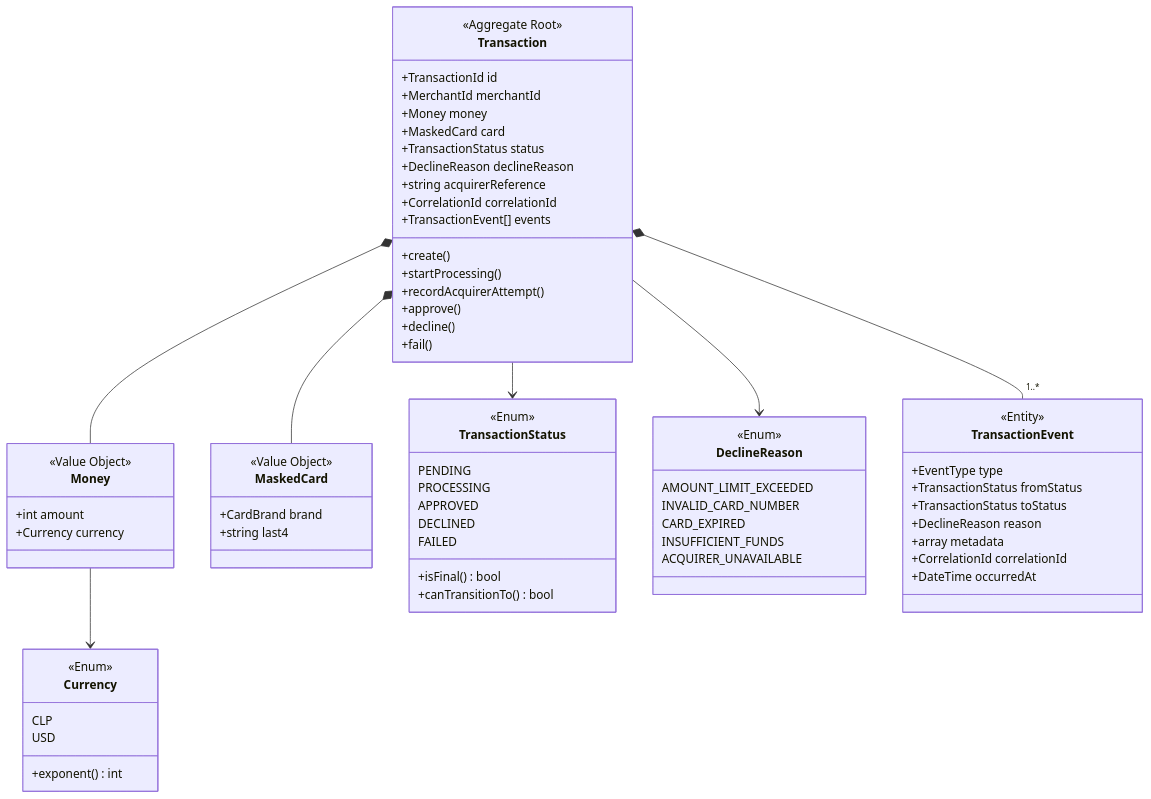
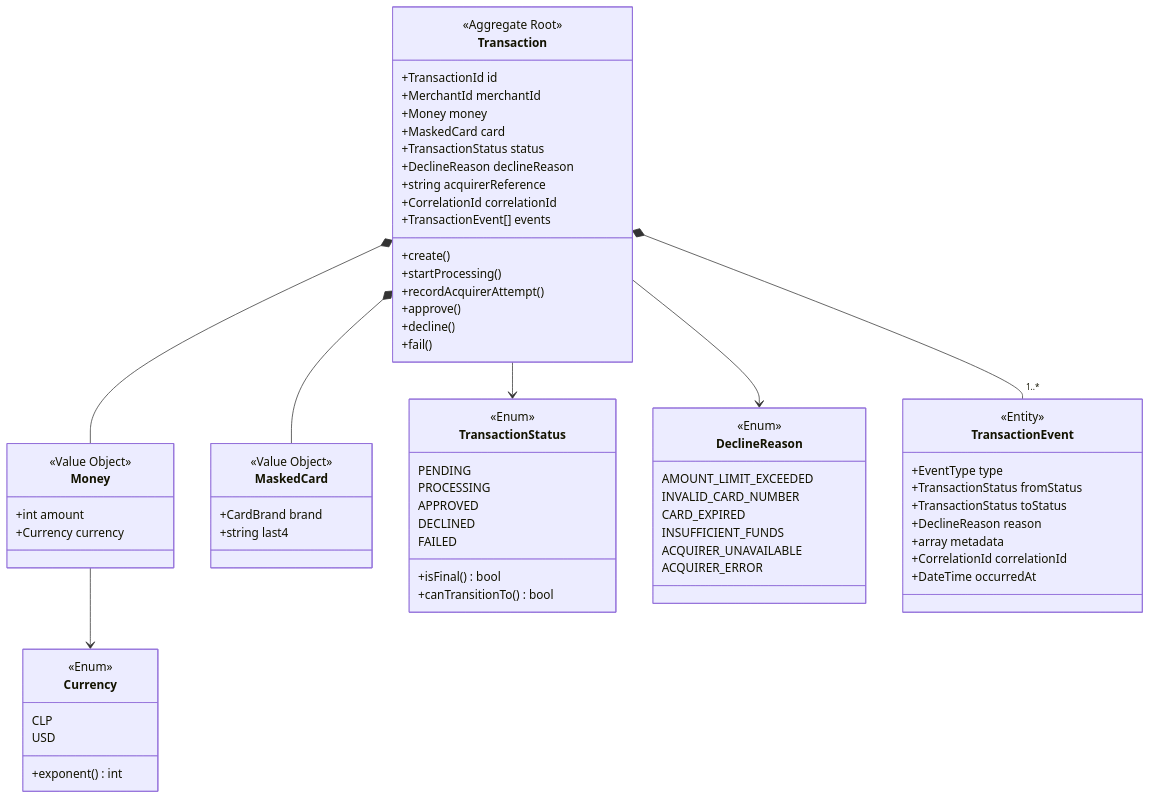
The first of 6 diagrams in docs/03-domain-model.md (Guillermo-Octavio/desafio-retail-laravel-angular-postgresql), drawn with Mermaid before and after one commit. The commit also changed other lines of this file and 23 other files, not shown here.

````diff
--- a/docs/03-domain-model.md
+++ b/docs/03-domain-model.md
@@ -27,71 +27,72 @@
 ```mermaid
 classDiagram
     class Transaction {
         <<Aggregate Root>>
         +TransactionId id
         +MerchantId merchantId
         +Money money
         +MaskedCard card
         +TransactionStatus status
         +DeclineReason declineReason
         +string acquirerReference
         +CorrelationId correlationId
         +TransactionEvent[] events
         +create()
         +startProcessing()
         +recordAcquirerAttempt()
         +approve()
         +decline()
         +fail()
     }
     class Money {
         <<Value Object>>
         +int amount
         +Currency currency
     }
     class Currency {
         <<Enum>>
         CLP
         USD
         +exponent() int
     }
     class MaskedCard {
         <<Value Object>>
         +CardBrand brand
         +string last4
     }
     class TransactionStatus {
         <<Enum>>
         PENDING
         PROCESSING
         APPROVED
         DECLINED
         FAILED
         +isFinal() bool
         +canTransitionTo() bool
     }
     class DeclineReason {
         <<Enum>>
         AMOUNT_LIMIT_EXCEEDED
         INVALID_CARD_NUMBER
         CARD_EXPIRED
         INSUFFICIENT_FUNDS
         ACQUIRER_UNAVAILABLE
+        ACQUIRER_ERROR
     }
     class TransactionEvent {
         <<Entity>>
         +EventType type
         +TransactionStatus fromStatus
         +TransactionStatus toStatus
         +DeclineReason reason
         +array metadata
         +CorrelationId correlationId
         +DateTime occurredAt
     }
     Transaction *-- Money
     Transaction *-- MaskedCard
     Transaction *-- "1..*" TransactionEvent
     Transaction --> TransactionStatus
     Transaction --> DeclineReason
     Money --> Currency
 ```
````
